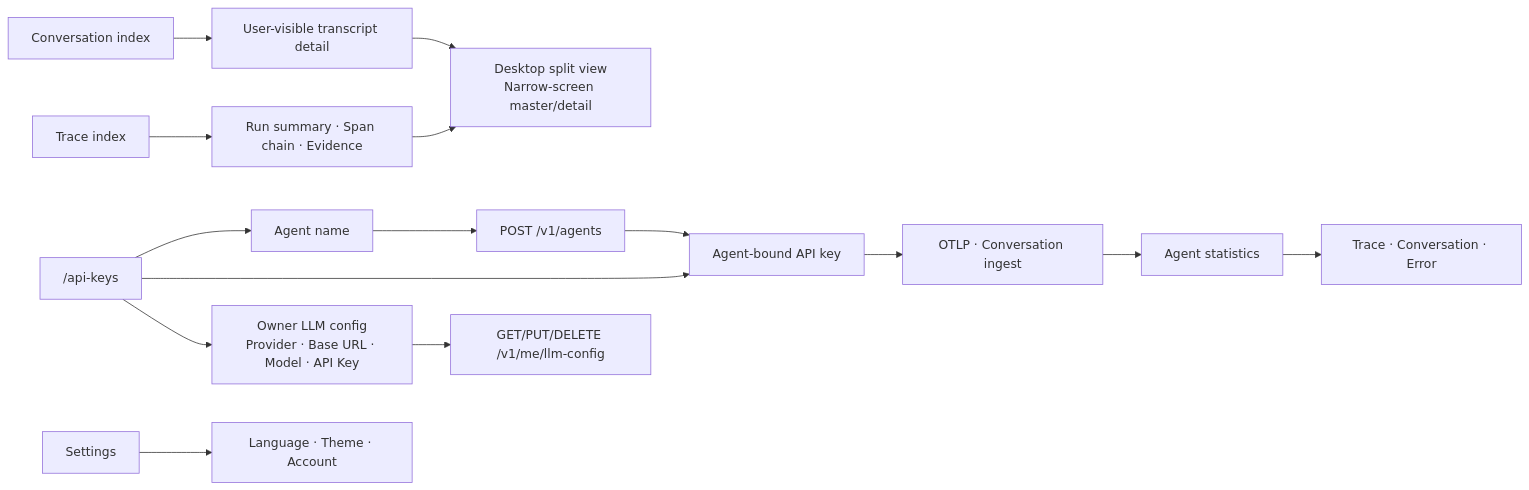
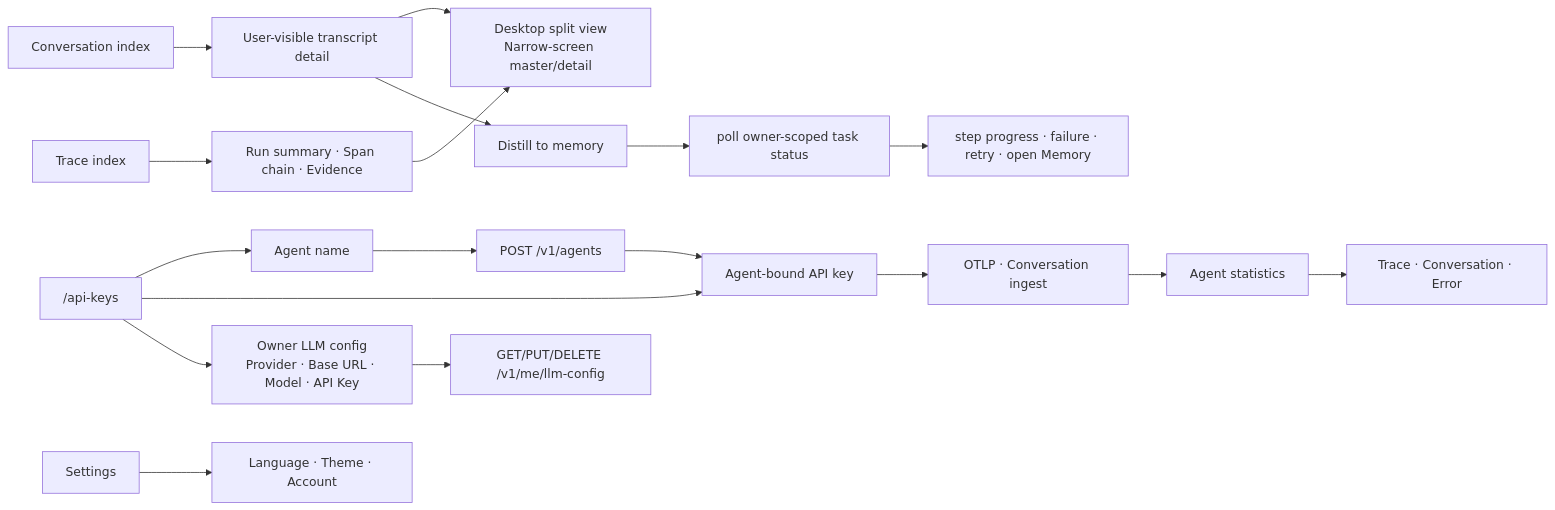
The second of 2 diagrams in catena-web/SPEC.md (fightheyyy/CATENA), drawn with Mermaid before and after one commit. The commit also changed other lines of this file and 19 other files, not shown here.

Commit message:
Expose memory extraction progress

````diff
--- a/catena-web/SPEC.md
+++ b/catena-web/SPEC.md
@@ -26,17 +28,20 @@
 ```mermaid
 flowchart LR
     Conversation["Conversation index"] --> ConversationDetail["User-visible transcript detail"]
     Trace["Trace index"] --> TraceDetail["Run summary · Span chain · Evidence"]
     ConversationDetail --> Responsive["Desktop split view<br/>Narrow-screen master/detail"]
+    ConversationDetail --> Submit["Distill to memory"]
+    Submit --> Poll["poll owner-scoped task status"]
+    Poll --> Progress["step progress · failure · retry · open Memory"]
     TraceDetail --> Responsive
     Stats["Agent statistics"] --> Evidence["Trace · Conversation · Error"]
     Keys["/api-keys"] --> Name["Agent name"]
     Name --> API["POST /v1/agents"]
     API --> Credential["Agent-bound API key"]
     Keys --> Credential
     Keys --> ModelConfig["Owner LLM config<br/>Provider · Base URL · Model · API Key"]
     ModelConfig --> Go["GET/PUT/DELETE /v1/me/llm-config"]
     Credential --> Ingest["OTLP · Conversation ingest"]
     Ingest --> Stats
     Settings["Settings"] --> Preferences["Language · Theme · Account"]
 ```
````
